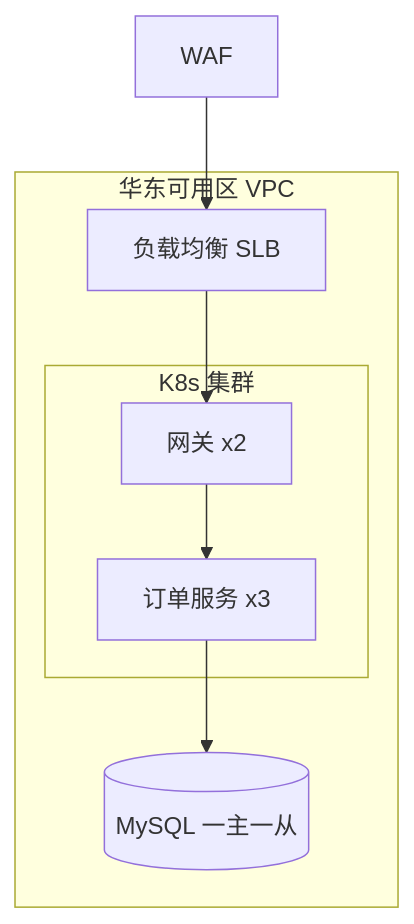
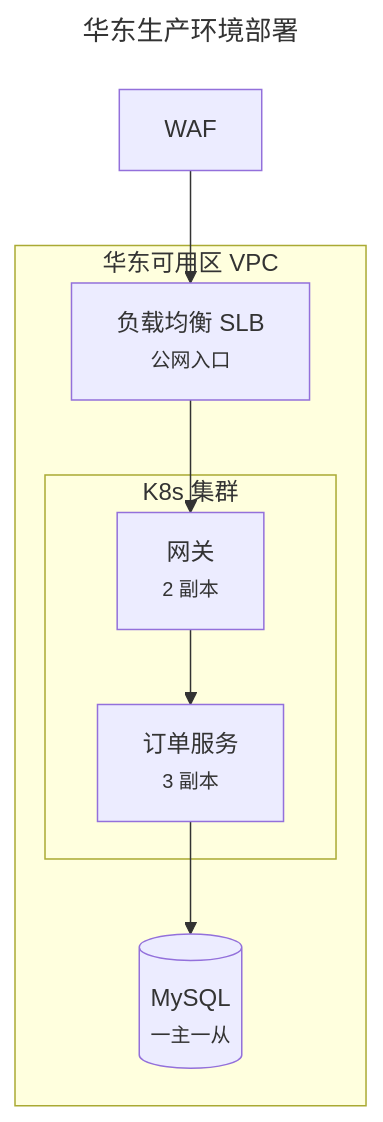
Before and after one commit to huang-hee/diagram-kit: the sixth of 7 diagrams in references/types-structure.md, drawn with Mermaid. The commit also changed other lines of this file and 248 other files, not shown here.

First line of the commit message:
feat: 示例按统一风格重做，补齐 42 张 drawio 整图示例，默认工具改为 drawio

````diff
--- a/references/types-structure.md
+++ b/references/types-structure.md
@@ -237,15 +243,18 @@
 ```mermaid
+---
+title: 华东生产环境部署
+---
 flowchart TB
   subgraph AZ[华东可用区 VPC]
-    LB[负载均衡 SLB]:::gateway
+    LB["负载均衡 SLB<br><small>公网入口</small>"]:::gateway
     subgraph K8S[K8s 集群]
-      GW[网关 x2]:::node
-      OD[订单服务 x3]:::node
+      GW["网关<br><small>2 副本</small>"]:::node
+      OD["订单服务<br><small>3 副本</small>"]:::node
     end
-    DB[(MySQL 一主一从)]:::db
+    DB[("MySQL<br><small>一主一从</small>")]:::db
   end
   FW[WAF]:::security --> LB
   LB --> GW --> OD --> DB
   class AZ zone
   class K8S subnet
 ```
````
